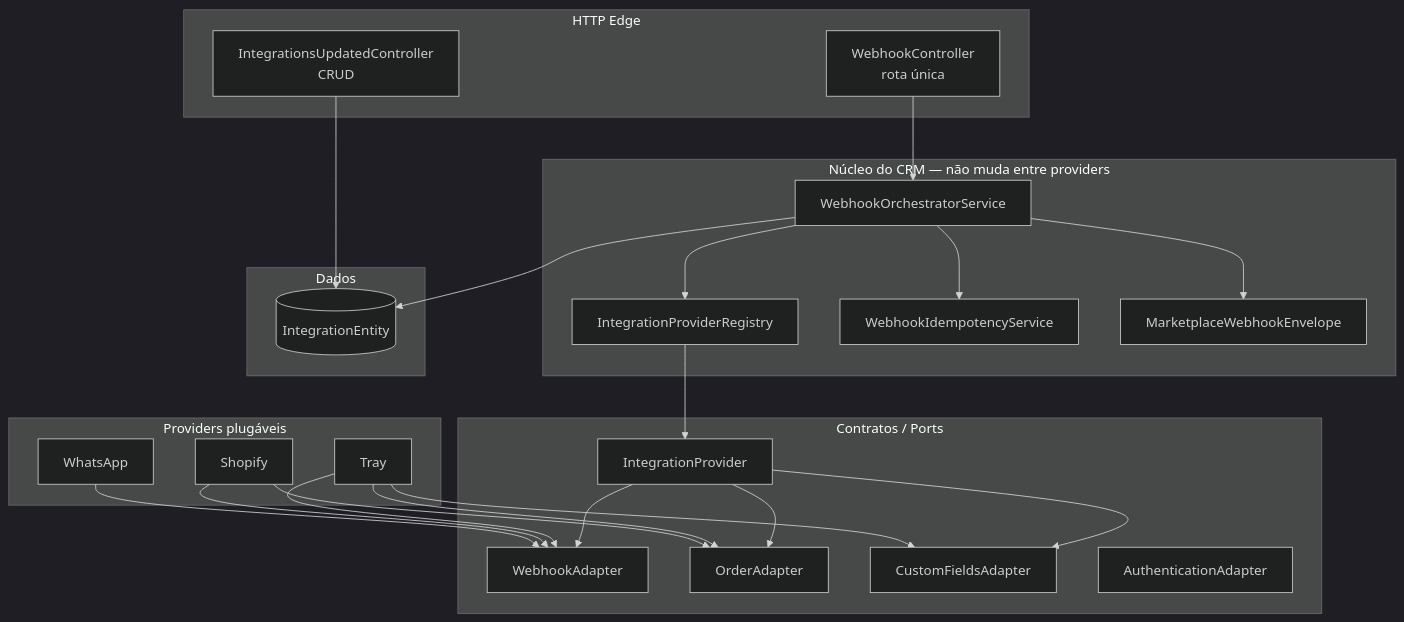
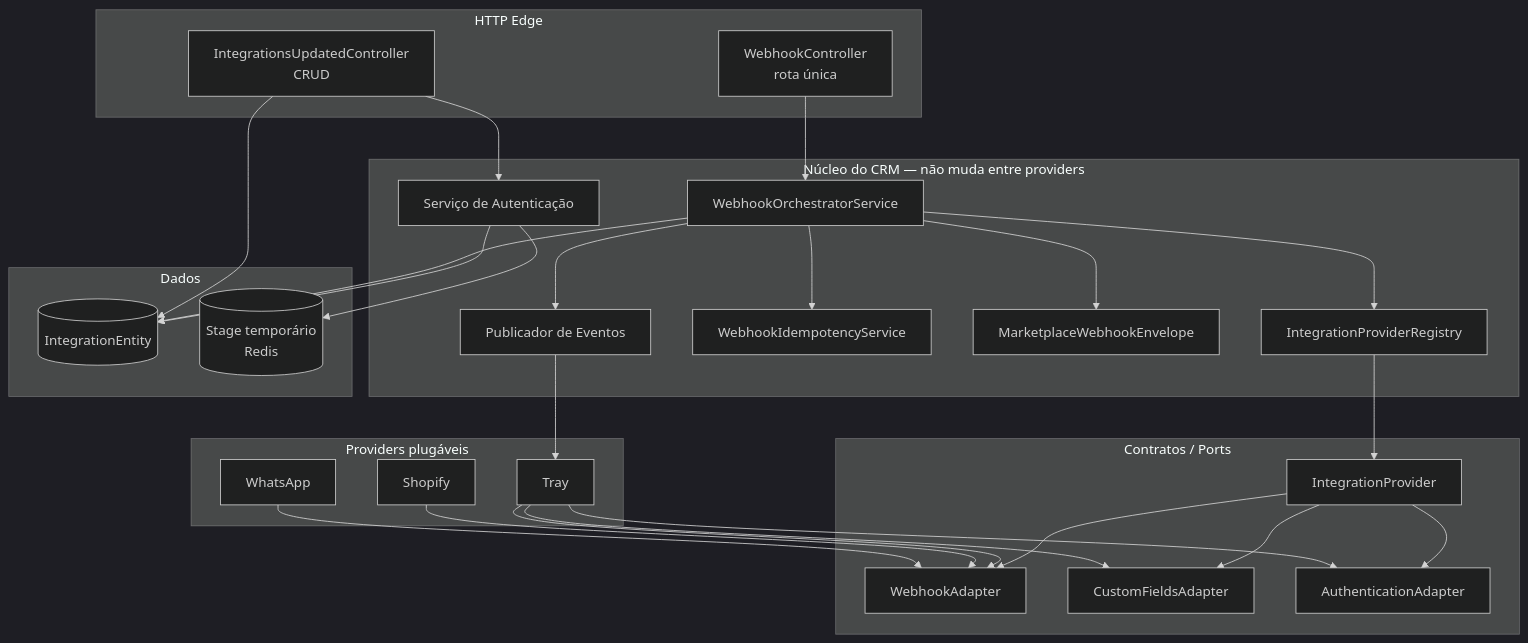
One commit to arthurhzk/arch-md changed the first of 3 diagrams in README.md. Above: the diagram before and after it, drawn with Mermaid (dark theme). The commit also changed other lines of this file, not shown here.

````diff
--- a/README.md
+++ b/README.md
@@ -40,49 +40,55 @@
 ```mermaid
 graph TB
     subgraph HTTP["HTTP Edge"]
         WC[WebhookController<br/>rota única]
         IC[IntegrationsUpdatedController<br/>CRUD]
     end
 
     subgraph Core["Núcleo do CRM — não muda entre providers"]
         REG[IntegrationProviderRegistry]
         ORC[WebhookOrchestratorService]
         IDM[WebhookIdempotencyService]
         ENV[MarketplaceWebhookEnvelope]
+        PUB[Publicador de Eventos]
+        AUS[Serviço de Autenticação]
     end
 
     subgraph Ports["Contratos / Ports"]
         WEB[WebhookAdapter]
-        ORD[OrderAdapter]
         CF[CustomFieldsAdapter]
         AUTH[AuthenticationAdapter]
         IP[IntegrationProvider]
     end
 
     subgraph Providers["Providers plugáveis"]
         TRAY[Tray]
         SHO[Shopify]
         WHA[WhatsApp]
     end
 
     subgraph Data["Dados"]
         INT[(IntegrationEntity)]
+        REDIS[(Stage temporário<br/>Redis)]
     end
 
     WC --> ORC
     ORC --> REG
     ORC --> IDM
     ORC --> ENV
+    ORC --> PUB
+    PUB --> TRAY
     REG --> IP
     IP --> WEB
-    IP --> ORD
     IP --> CF
+    IP --> AUTH
     TRAY --> WEB
-    TRAY --> ORD
     TRAY --> CF
+    TRAY --> AUTH
     SHO --> WEB
-    SHO --> ORD
     WHA --> WEB
     IC --> INT
+    IC --> AUS
+    AUS --> REDIS
+    AUS --> INT
     ORC --> INT
 ```
````
